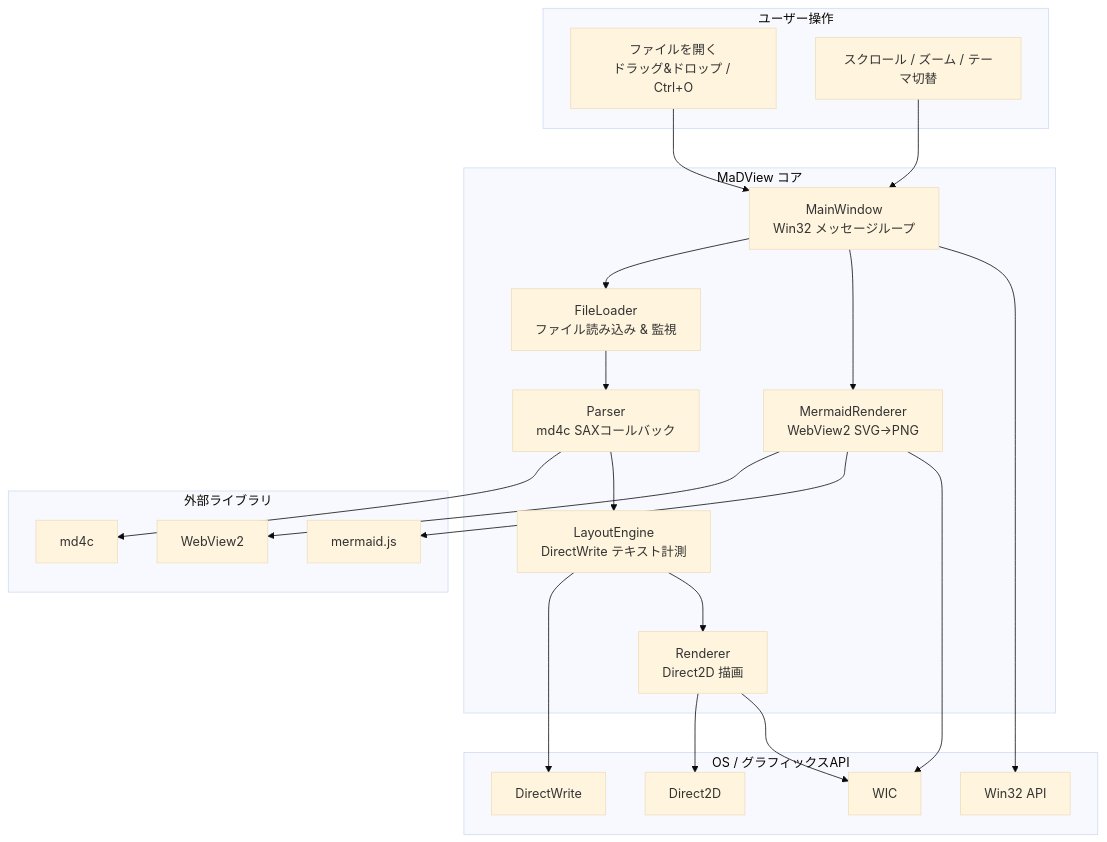
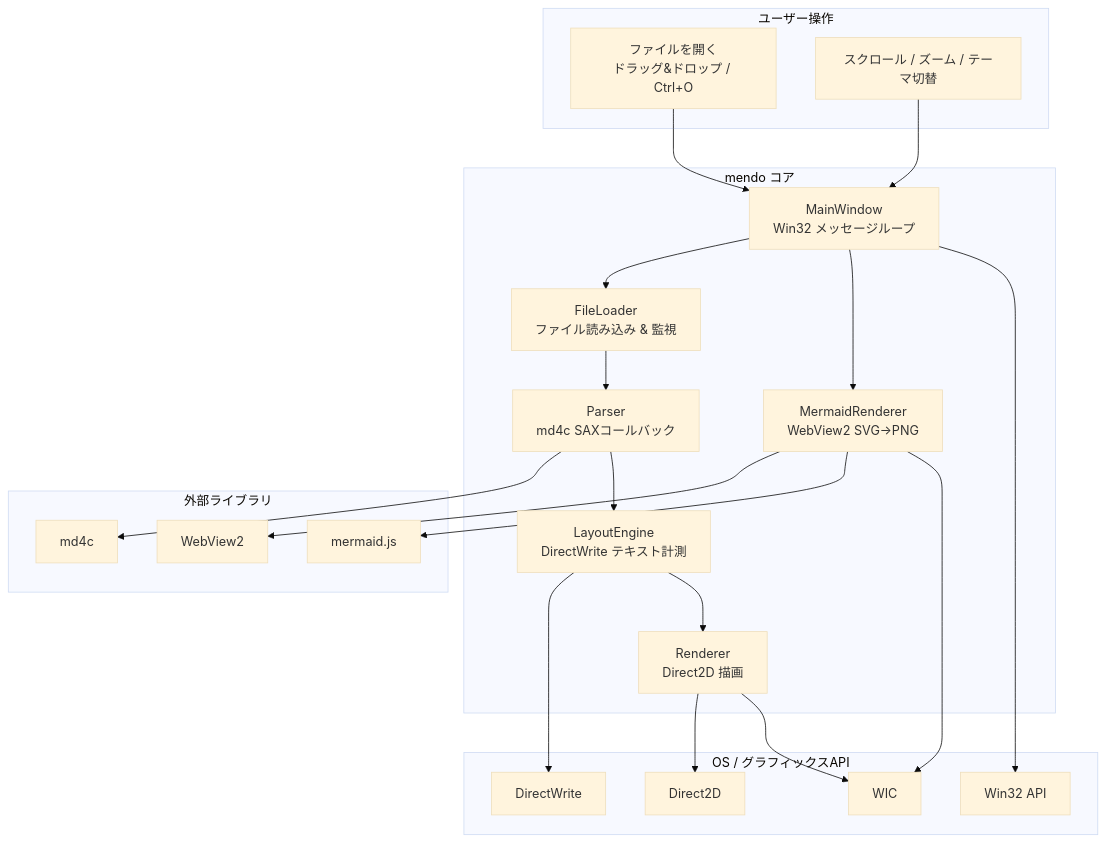
One commit to tanaton/mendo changed the first of 23 diagrams in test.md. Above: the diagram before and after it, drawn with Mermaid (base theme). The commit also changed other lines of this file and 17 other files, not shown here.

````diff
--- a/test.md
+++ b/test.md
@@ -40,45 +40,45 @@
 ```mermaid
 graph TB
     subgraph ユーザー操作
         A[ファイルを開く<br>ドラッグ&ドロップ / Ctrl+O]
         B[スクロール / ズーム / テーマ切替]
     end
 
-    subgraph MaDView コア
+    subgraph mendo コア
         C[MainWindow<br>Win32 メッセージループ]
         D[FileLoader<br>ファイル読み込み & 監視]
         E[Parser<br>md4c SAXコールバック]
         F[LayoutEngine<br>DirectWrite テキスト計測]
         G[Renderer<br>Direct2D 描画]
         H[MermaidRenderer<br>WebView2 SVG→PNG]
     end
 
     subgraph 外部ライブラリ
         I[md4c]
         J[WebView2]
         K[mermaid.js]
     end
 
     subgraph OS / グラフィックスAPI
         L[Direct2D]
         M[DirectWrite]
         N[WIC]
         O[Win32 API]
     end
 
     A --> C
     B --> C
     C --> D
     D --> E
     E --> I
     E --> F
     F --> M
     F --> G
     G --> L
     G --> N
     C --> H
     H --> J
     H --> K
     H --> N
     C --> O
 ```
````
